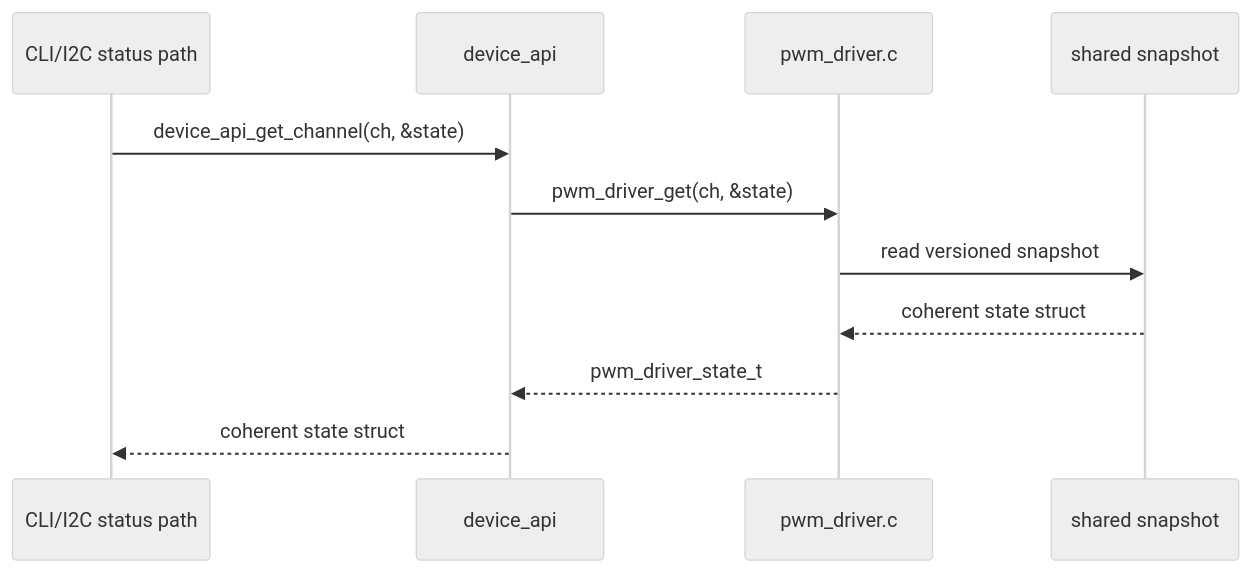
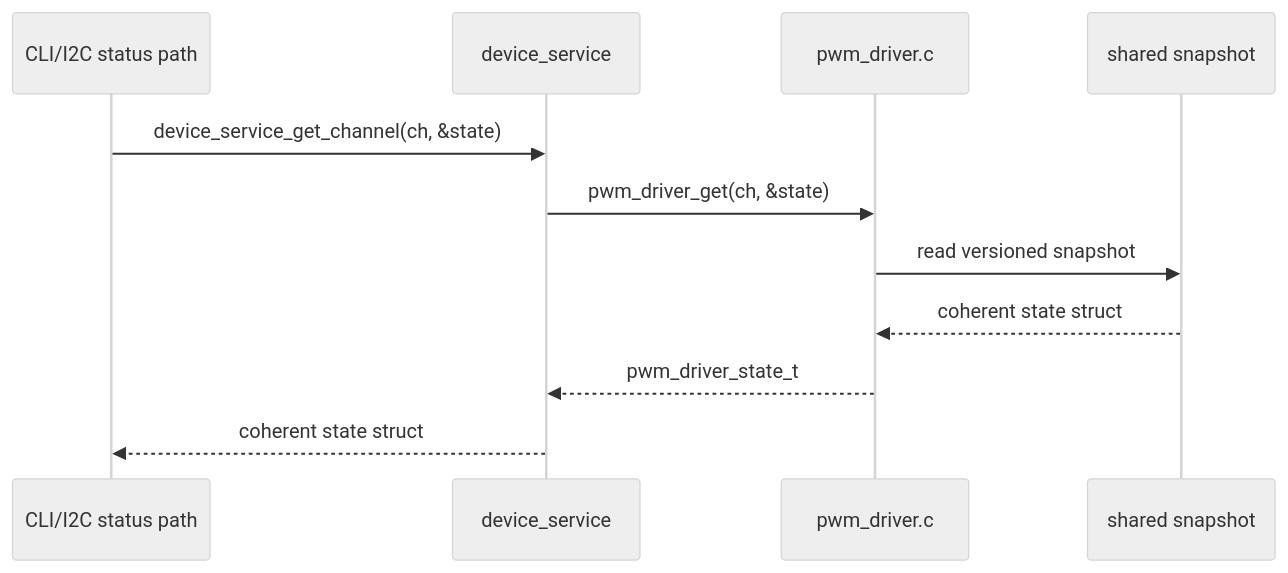
Before and after one commit to djwinter29-oss/PicoPWM: the seventh of 8 diagrams in docs/design/pwm_driver_design.md, drawn with Mermaid (neutral theme). The commit also changed other lines of this file and 115 other files, not shown here.

````diff
--- a/docs/design/pwm_driver_design.md
+++ b/docs/design/pwm_driver_design.md
@@ -371,14 +371,14 @@
 ```mermaid
 sequenceDiagram
     participant UI as CLI/I2C status path
-    participant CTL as device_api
+    participant CTL as device_service
     participant WR as pwm_driver.c
     participant SS as shared snapshot
 
-    UI->>CTL: device_api_get_channel(ch, &state)
+    UI->>CTL: device_service_get_channel(ch, &state)
     CTL->>WR: pwm_driver_get(ch, &state)
     WR->>SS: read versioned snapshot
     SS-->>WR: coherent state struct
     WR-->>CTL: pwm_driver_state_t
     CTL-->>UI: coherent state struct
 ```
````
